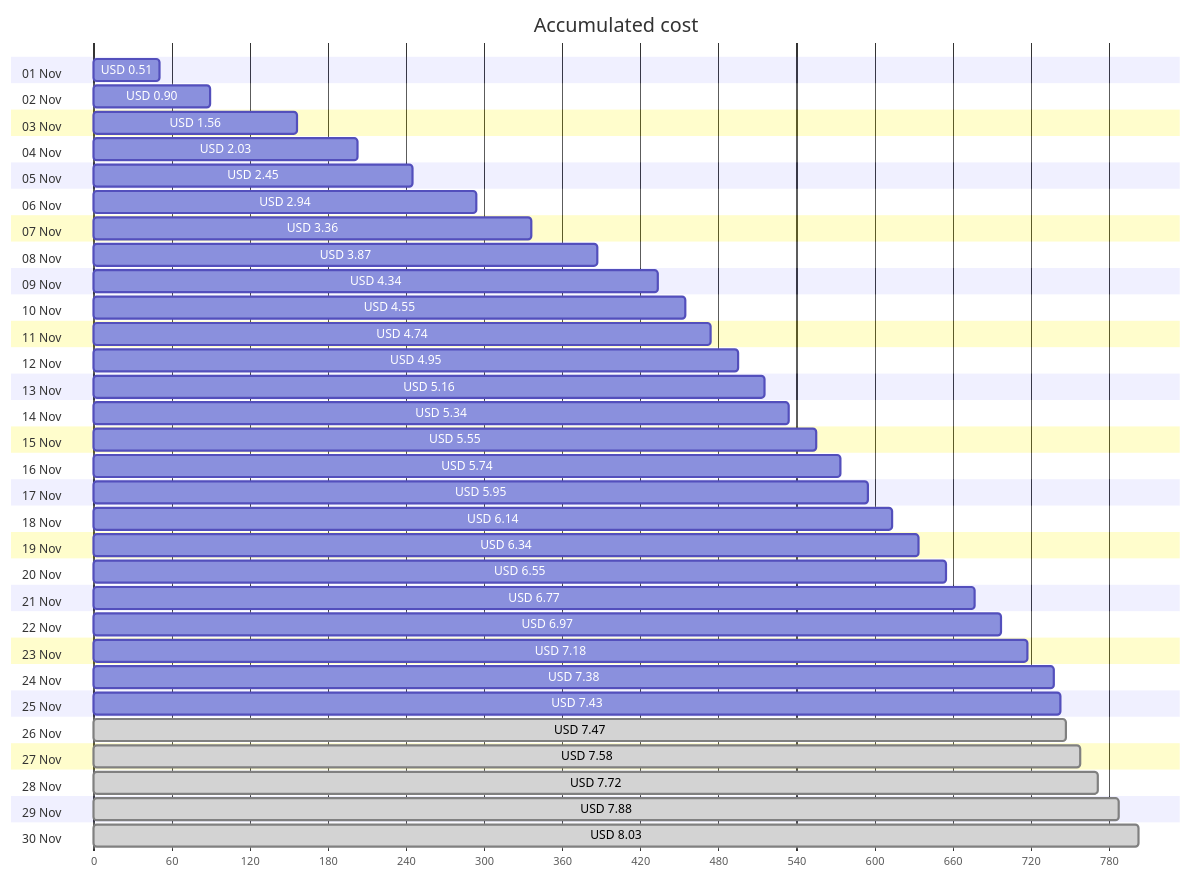
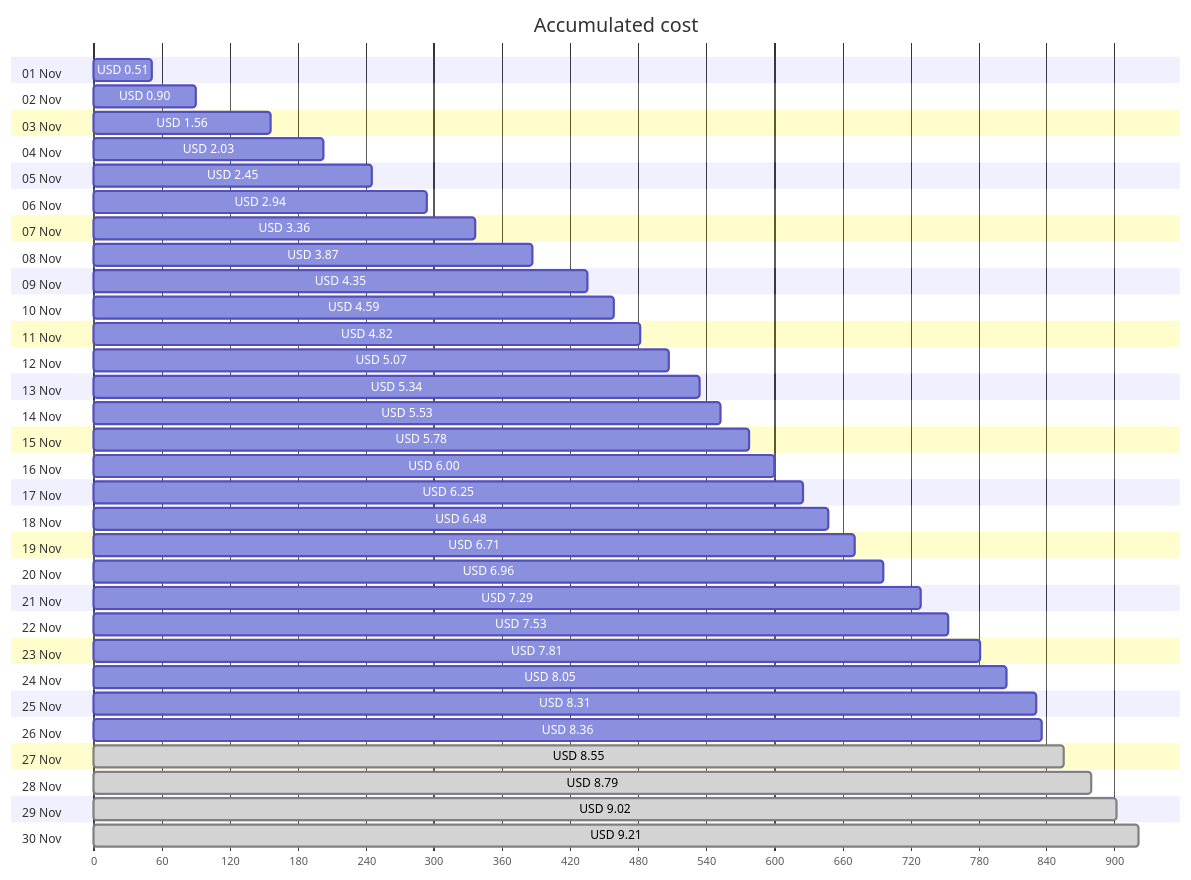
The first of 4 diagrams in cost-reports/personal-network/vpn-server.md (jpfulton/azure-personal-reports), drawn with Mermaid before and after one commit. The commit also changed other lines of this file and 8 other files, not shown here.

````diff
--- a/cost-reports/personal-network/vpn-server.md
+++ b/cost-reports/personal-network/vpn-server.md
@@ -20,66 +20,66 @@
 ```mermaid
 gantt
    title Accumulated cost
    dateFormat  X
    axisFormat %s
    section 01 Nov
    USD 0.51 :0, 51
    section 02 Nov
    USD 0.90 :0, 90
    section 03 Nov
    USD 1.56 :0, 156
    section 04 Nov
    USD 2.03 :0, 203
    section 05 Nov
    USD 2.45 :0, 245
    section 06 Nov
    USD 2.94 :0, 294
    section 07 Nov
    USD 3.36 :0, 336
    section 08 Nov
    USD 3.87 :0, 387
    section 09 Nov
-   USD 4.34 :0, 434
+   USD 4.35 :0, 435
    section 10 Nov
-   USD 4.55 :0, 455
+   USD 4.59 :0, 459
    section 11 Nov
-   USD 4.74 :0, 474
+   USD 4.82 :0, 482
    section 12 Nov
-   USD 4.95 :0, 495
+   USD 5.07 :0, 507
    section 13 Nov
-   USD 5.16 :0, 516
+   USD 5.34 :0, 534
    section 14 Nov
-   USD 5.34 :0, 534
+   USD 5.53 :0, 553
    section 15 Nov
-   USD 5.55 :0, 555
+   USD 5.78 :0, 578
    section 16 Nov
-   USD 5.74 :0, 574
+   USD 6.00 :0, 600
    section 17 Nov
-   USD 5.95 :0, 595
+   USD 6.25 :0, 625
    section 18 Nov
-   USD 6.14 :0, 614
+   USD 6.48 :0, 648
    section 19 Nov
-   USD 6.34 :0, 634
+   USD 6.71 :0, 671
    section 20 Nov
-   USD 6.55 :0, 655
+   USD 6.96 :0, 696
    section 21 Nov
-   USD 6.77 :0, 677
+   USD 7.29 :0, 729
    section 22 Nov
-   USD 6.97 :0, 697
+   USD 7.53 :0, 753
    section 23 Nov
-   USD 7.18 :0, 718
+   USD 7.81 :0, 781
    section 24 Nov
-   USD 7.38 :0, 738
+   USD 8.05 :0, 805
    section 25 Nov
-   USD 7.43 :0, 743
+   USD 8.31 :0, 831
    section 26 Nov
-   USD 7.47 : done, 0, 747
+   USD 8.36 :0, 836
    section 27 Nov
-   USD 7.58 : done, 0, 758
+   USD 8.55 : done, 0, 855
    section 28 Nov
-   USD 7.72 : done, 0, 772
+   USD 8.79 : done, 0, 879
    section 29 Nov
-   USD 7.88 : done, 0, 788
+   USD 9.02 : done, 0, 902
    section 30 Nov
-   USD 8.03 : done, 0, 803
+   USD 9.21 : done, 0, 921
 ```
````
